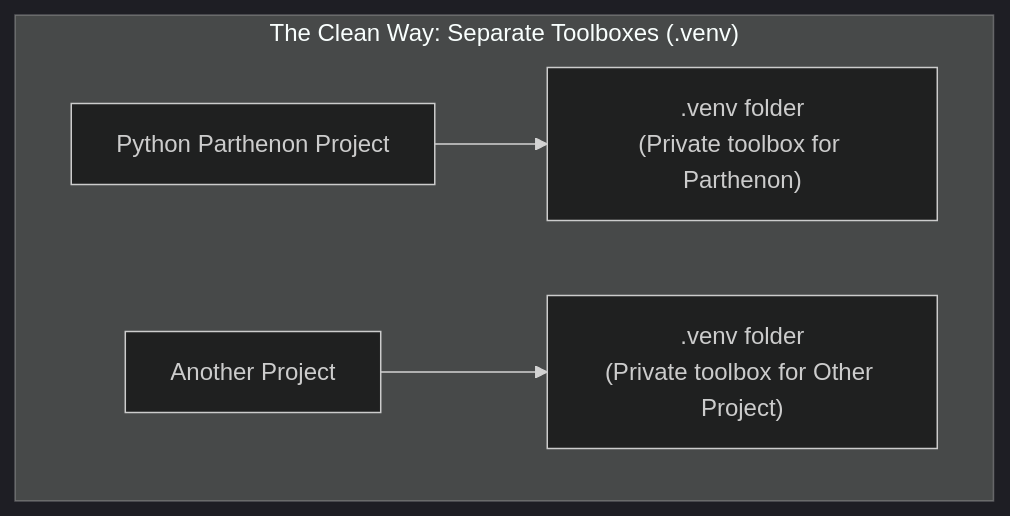
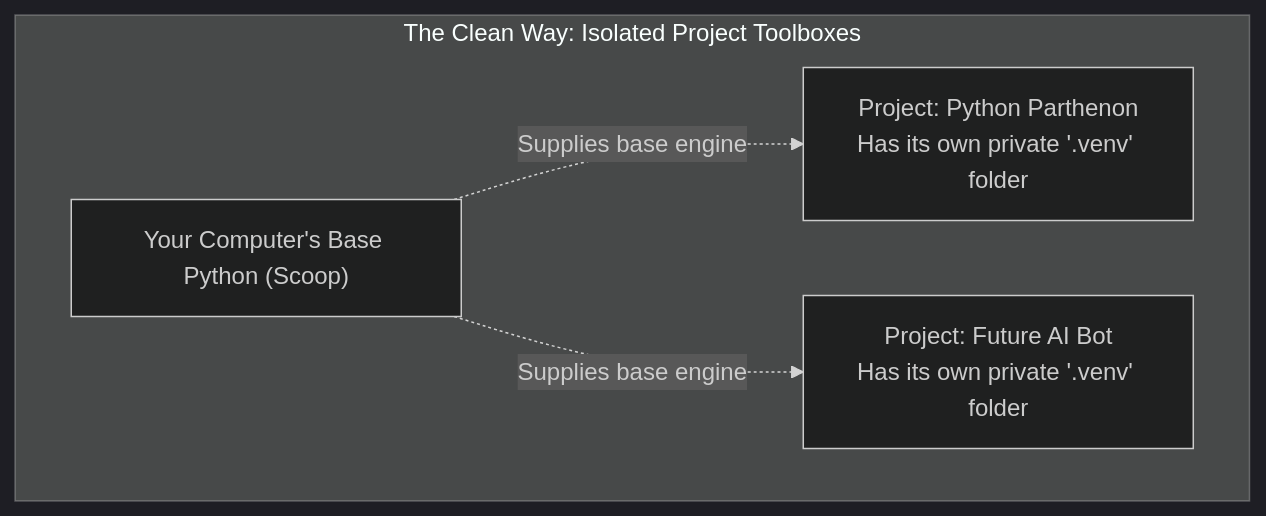
One commit to NavamGupta95/Python-Parthenon changed the fourth of 4 diagrams in 01_runtime_and_environments/2026-10-11_docs_execution_mechanics_and_environments.md. Above: the diagram before and after it, drawn with Mermaid (dark theme). The commit also changed other lines of this file and 2 other files, not shown here.

````diff
--- a/01_runtime_and_environments/2026-10-11_docs_execution_mechanics_and_environments.md
+++ b/01_runtime_and_environments/2026-10-11_docs_execution_mechanics_and_environments.md
@@ -87,7 +228,12 @@
 ```mermaid
 flowchart TD
-    subgraph The_Clean_Way["The Clean Way: Separate Toolboxes (.venv)"]
-        P1["Python Parthenon Project"] --> V1[".venv folder\n(Private toolbox for Parthenon)"]
-        P2["Another Project"] --> V2[".venv folder\n(Private toolbox for Other Project)"]
+    subgraph The_Parthenon_Way["The Clean Way: Isolated Project Toolboxes"]
+        RootPC["Your Computer's Base Python (Scoop)"]
+        
+        Proj1["Project: Python Parthenon\nHas its own private '.venv' folder"]
+        Proj2["Project: Future AI Bot\nHas its own private '.venv' folder"]
+        
+        RootPC -. "Supplies base engine" .-> Proj1
+        RootPC -. "Supplies base engine" .-> Proj2
     end
 ```
````
